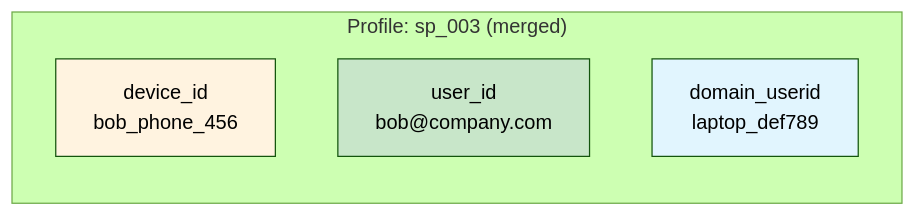
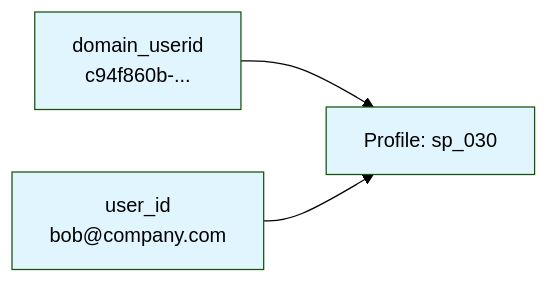
One commit to snowplow/documentation changed the fifth of 7 diagrams in docs/identities/concepts/index.md. Above: the diagram before and after it, drawn with Mermaid (forest theme). The commit also changed other lines of this file, not shown here.

````diff
--- a/docs/identities/concepts/index.md
+++ b/docs/identities/concepts/index.md
@@ -215,15 +199,15 @@
 ```mermaid
 graph LR
-    subgraph "Profile: sp_003 (merged)"
-        D["device_id
-        bob_phone_456"]
-        E["user_id
-        bob@company.com"]
-        F["domain_userid
-        laptop_def789"]
-    end
+    A["domain_userid
+    c94f860b-..."]
+    B["user_id
+    bob@company.com"]
+    C["Profile: sp_030"]
 
-    style D fill:#fff3e0
-    style E fill:#c8e6c9
-    style F fill:#e1f5fe
+    A --> C
+    B --> C
+
+    style A fill:#e1f5fe
+    style B fill:#e1f5fe
+    style C fill:#e1f5fe
 ```
````
